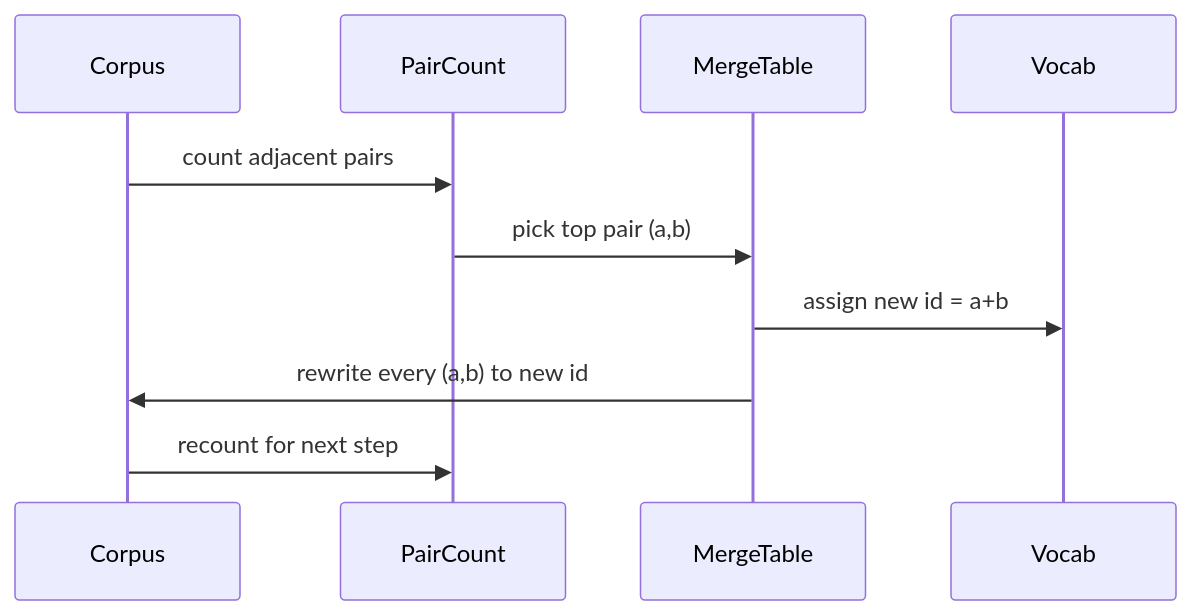
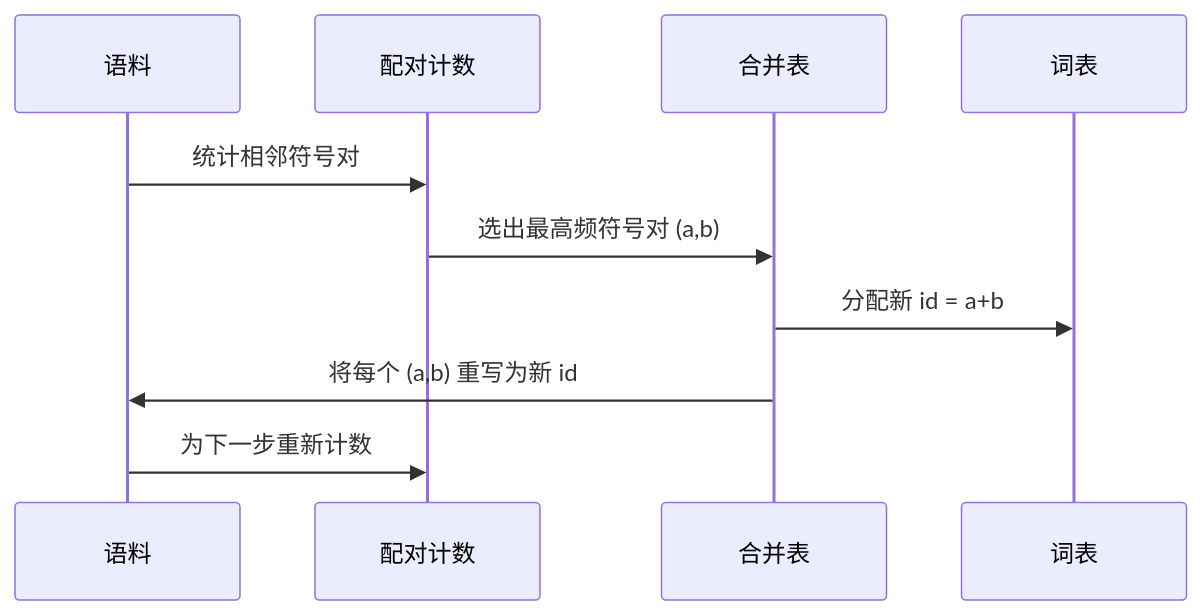
The second of 2 diagrams in phases/19-capstone-projects/30-bpe-tokenizer-from-scratch.md (cq0206/ai-engineering-from-scratch), drawn with Mermaid before and after one commit. The commit also changed other lines of this file and 150 other files, not shown here.

````diff
--- a/phases/19-capstone-projects/30-bpe-tokenizer-from-scratch.md
+++ b/phases/19-capstone-projects/30-bpe-tokenizer-from-scratch.md
@@ -53,12 +53,12 @@
 ```mermaid
 sequenceDiagram
-    participant Corpus
-    participant PairCount
-    participant MergeTable
-    participant Vocab
-    Corpus->>PairCount: count adjacent pairs
-    PairCount->>MergeTable: pick top pair (a,b)
-    MergeTable->>Vocab: assign new id = a+b
-    MergeTable->>Corpus: rewrite every (a,b) to new id
-    Corpus->>PairCount: recount for next step
+    participant Corpus as 语料
+    participant PairCount as 配对计数
+    participant MergeTable as 合并表
+    participant Vocab as 词表
+    Corpus->>PairCount: 统计相邻符号对
+    PairCount->>MergeTable: 选出最高频符号对 (a,b)
+    MergeTable->>Vocab: 分配新 id = a+b
+    MergeTable->>Corpus: 将每个 (a,b) 重写为新 id
+    Corpus->>PairCount: 为下一步重新计数
 ```
````
